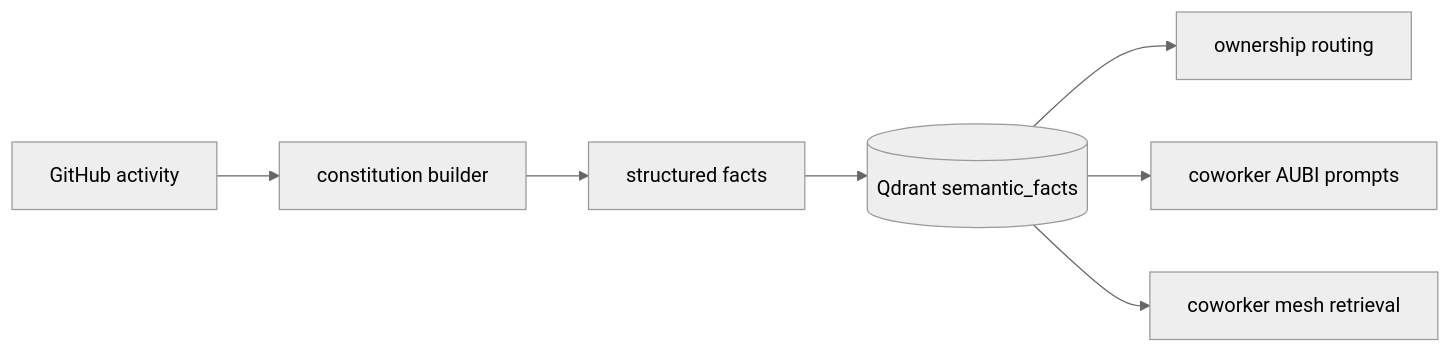
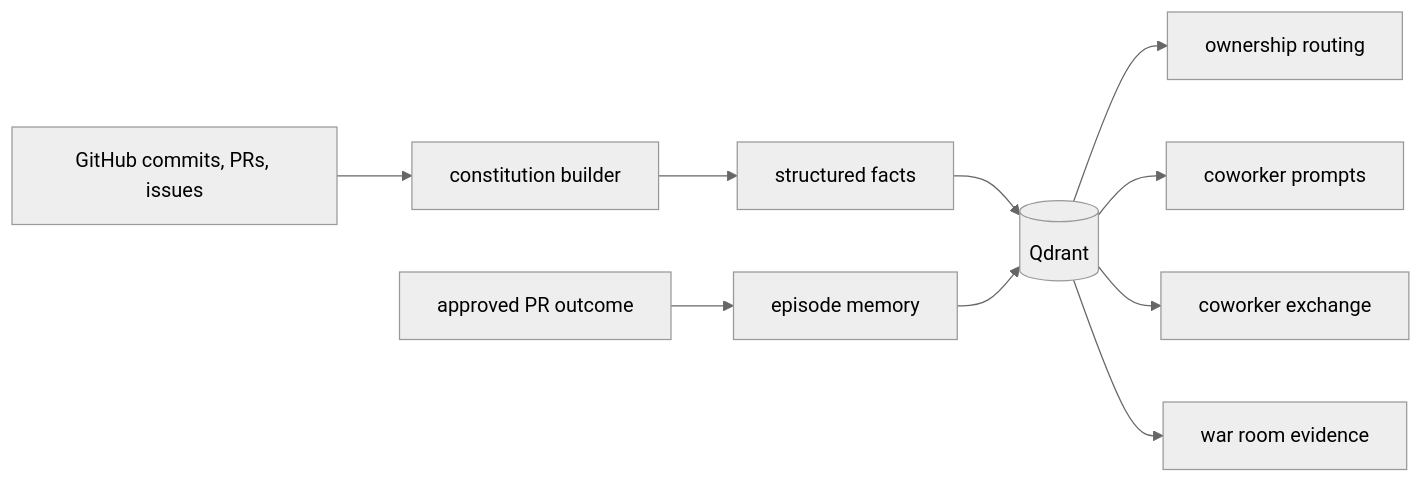
One commit to Neilyoo98/GDSC-Hackathon changed the third of 7 diagrams in README.md. Above: the diagram before and after it, drawn with Mermaid (neutral theme). The commit also changed other lines of this file, not shown here.

Commit message:
Polish README architecture narrative

````diff
--- a/README.md
+++ b/README.md
@@ -126,9 +170,12 @@
 ```mermaid
 flowchart LR
-    github[GitHub activity] --> builder[constitution builder]
-    builder --> facts[structured facts]
-    facts --> qdrant[(Qdrant semantic_facts)]
-    qdrant --> routing[ownership routing]
-    qdrant --> agents[coworker AUBI prompts]
-    qdrant --> mesh[coworker mesh retrieval]
+    activity["GitHub commits, PRs, issues"] --> builder["constitution builder"]
+    builder --> facts["structured facts"]
+    facts --> qdrant[(Qdrant)]
+    qdrant --> routing["ownership routing"]
+    qdrant --> prompts["coworker prompts"]
+    qdrant --> exchange["coworker exchange"]
+    qdrant --> warroom["war room evidence"]
+    approved["approved PR outcome"] --> episodes["episode memory"]
+    episodes --> qdrant
 ```
````
